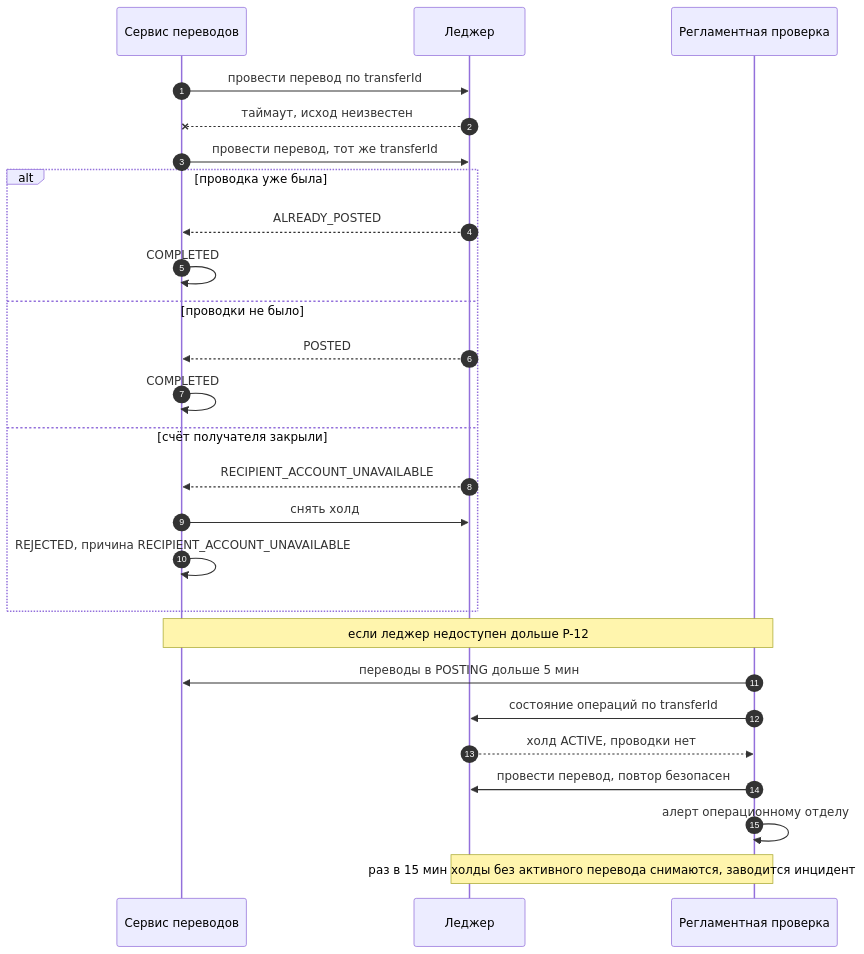
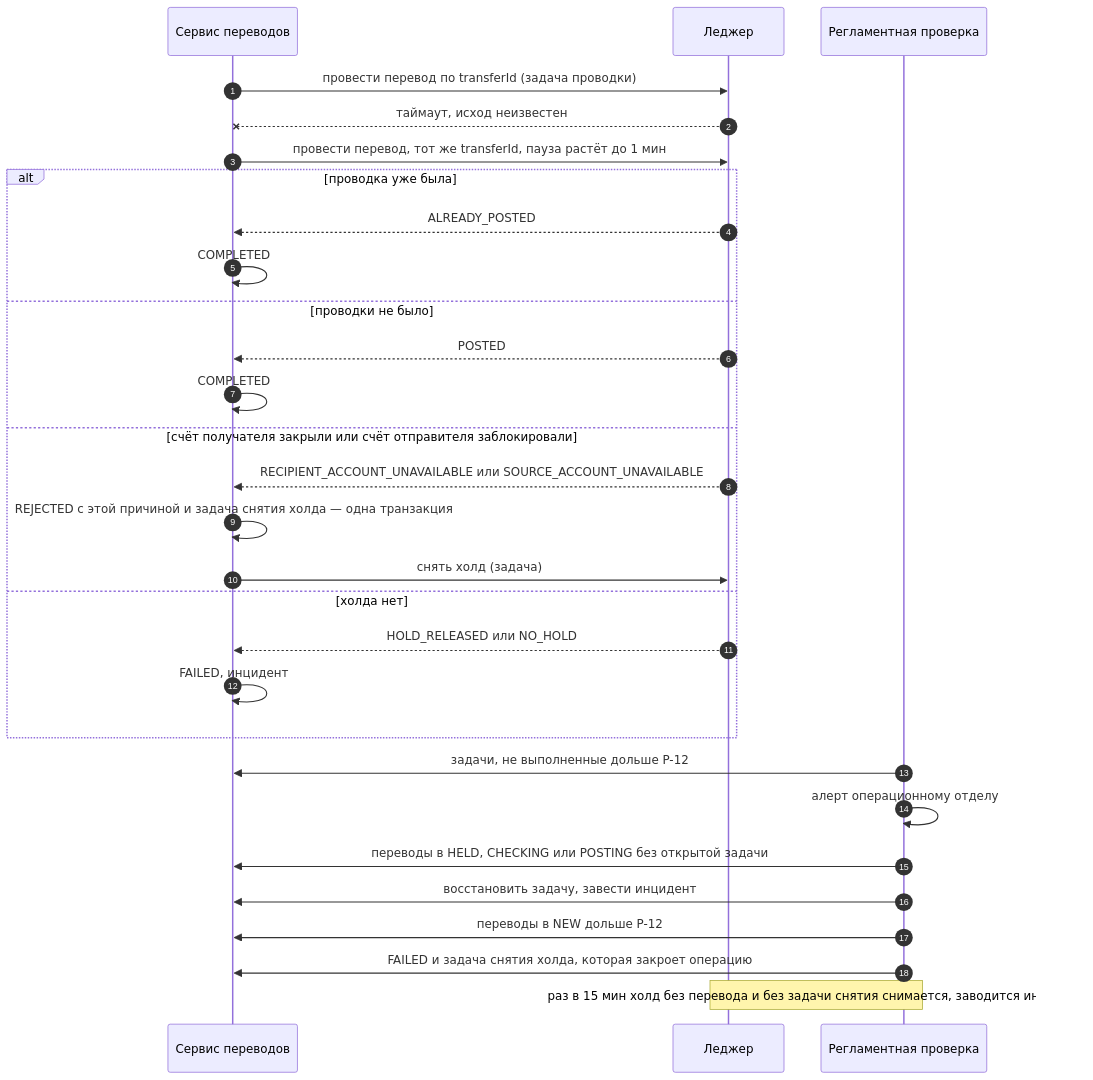
Before and after one commit to KORTEZZ12/phone-transfers: the fifth of 6 diagrams in docs/design/sequences.md, drawn with Mermaid. The commit also changed other lines of this file and 14 other files, not shown here.

````diff
--- a/docs/design/sequences.md
+++ b/docs/design/sequences.md
@@ -144,28 +148,31 @@
 ```mermaid
 sequenceDiagram
   autonumber
   participant TS as Сервис переводов
   participant L as Леджер
   participant J as Регламентная проверка
-  TS->>L: провести перевод по transferId
+  TS->>L: провести перевод по transferId (задача проводки)
   L--xTS: таймаут, исход неизвестен
-  TS->>L: провести перевод, тот же transferId
+  TS->>L: провести перевод, тот же transferId, пауза растёт до 1 мин
   alt проводка уже была
     L-->>TS: ALREADY_POSTED
     TS->>TS: COMPLETED
   else проводки не было
     L-->>TS: POSTED
     TS->>TS: COMPLETED
-  else счёт получателя закрыли
-    L-->>TS: RECIPIENT_ACCOUNT_UNAVAILABLE
-    TS->>L: снять холд
-    TS->>TS: REJECTED, причина RECIPIENT_ACCOUNT_UNAVAILABLE
+  else счёт получателя закрыли или счёт отправителя заблокировали
+    L-->>TS: RECIPIENT_ACCOUNT_UNAVAILABLE или SOURCE_ACCOUNT_UNAVAILABLE
+    TS->>TS: REJECTED с этой причиной и задача снятия холда — одна транзакция
+    TS->>L: снять холд (задача)
+  else холда нет
+    L-->>TS: HOLD_RELEASED или NO_HOLD
+    TS->>TS: FAILED, инцидент
   end
-  Note over TS,J: если леджер недоступен дольше P-12
-  J->>TS: переводы в POSTING дольше 5 мин
-  J->>L: состояние операций по transferId
-  L-->>J: холд ACTIVE, проводки нет
-  J->>L: провести перевод, повтор безопасен
+  J->>TS: задачи, не выполненные дольше P-12
   J->>J: алерт операционному отделу
-  Note over J,L: раз в 15 мин холды без активного перевода снимаются, заводится инцидент
+  J->>TS: переводы в HELD, CHECKING или POSTING без открытой задачи
+  J->>TS: восстановить задачу, завести инцидент
+  J->>TS: переводы в NEW дольше P-12
+  J->>TS: FAILED и задача снятия холда, которая закроет операцию
+  Note over J,L: раз в 15 мин холд без перевода и без задачи снятия снимается, заводится инцидент
 ```
````
